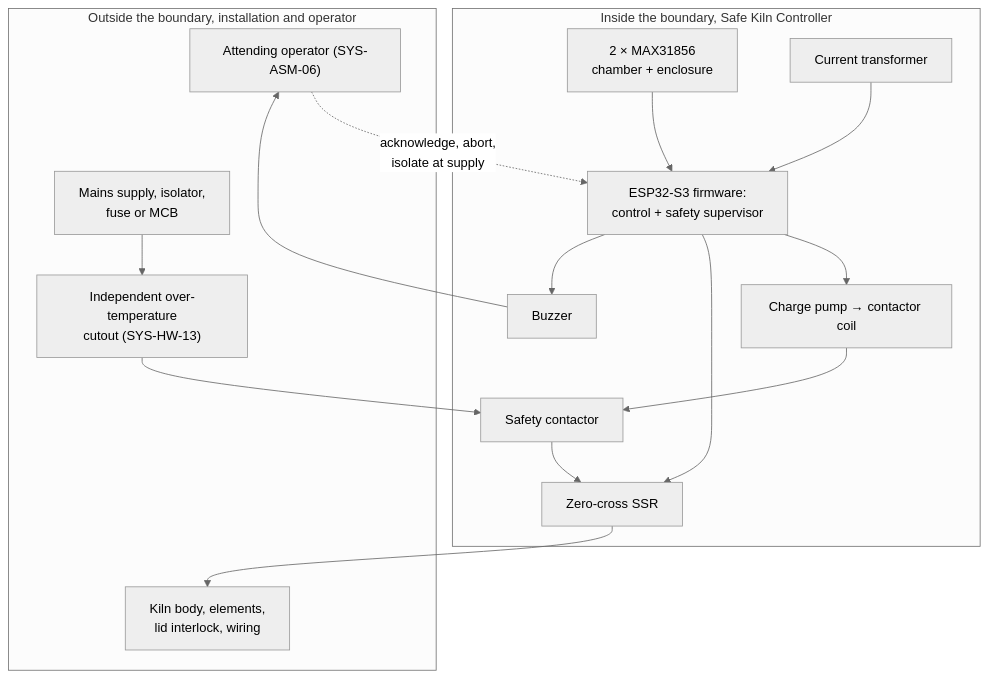
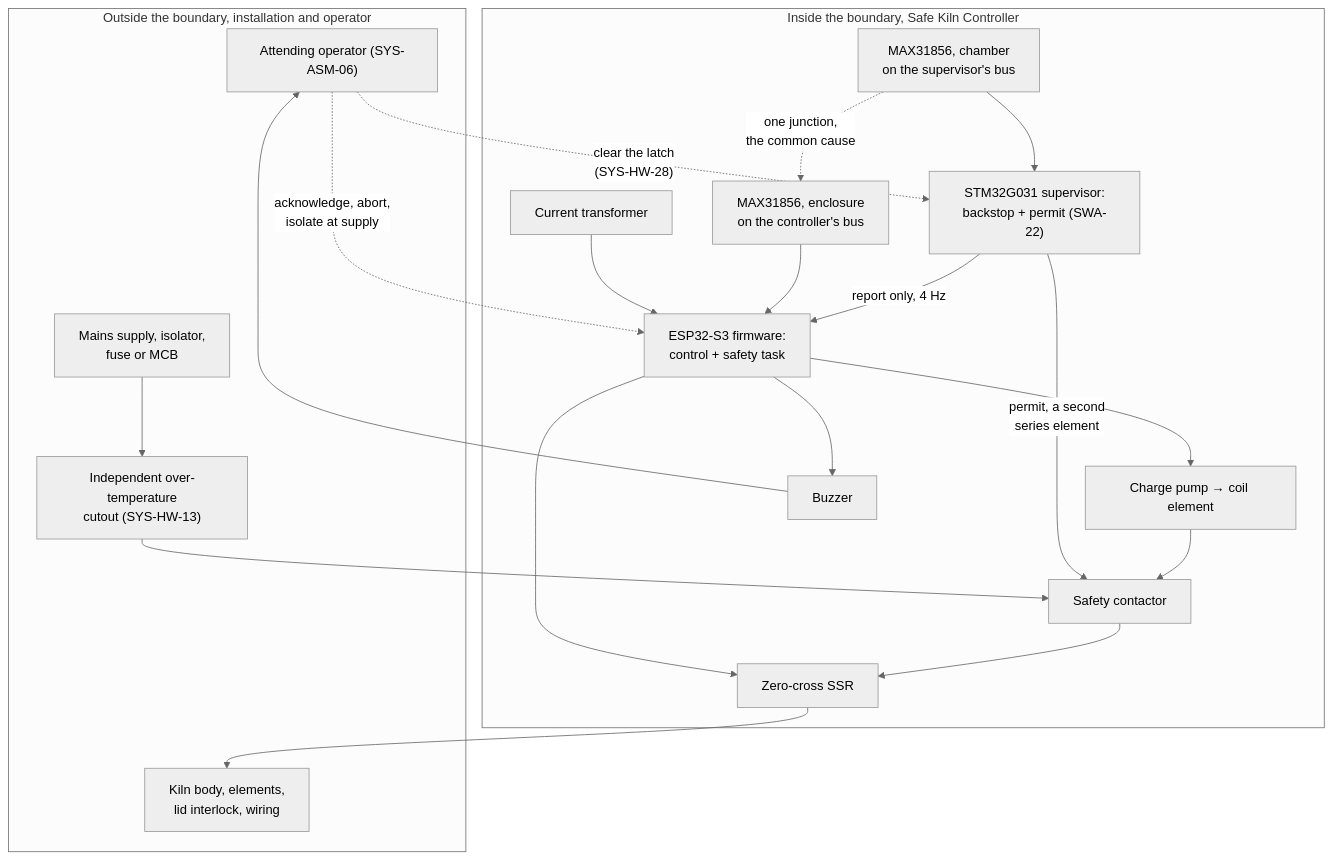
The first of 2 diagrams in docs/safety.md (bitcrushtesting/SafeKilnController), drawn with Mermaid (neutral theme) before and after one commit. The commit also changed other lines of this file and 5 other files, not shown here.

````diff
--- a/docs/safety.md
+++ b/docs/safety.md
@@ -75,25 +75,32 @@
 ```mermaid
 flowchart TB
     subgraph OUT["Outside the boundary, installation and operator"]
         SUP["Mains supply, isolator,<br/>fuse or MCB"]
         CUT["Independent over-temperature<br/>cutout (SYS-HW-13)"]
         OP["Attending operator (SYS-ASM-06)"]
         KILN["Kiln body, elements,<br/>lid interlock, wiring"]
     end
     subgraph IN["Inside the boundary, Safe Kiln Controller"]
-        MCU["ESP32-S3 firmware:<br/>control + safety supervisor"]
-        CP["Charge pump → contactor coil"]
+        MCU["ESP32-S3 firmware:<br/>control + safety task"]
+        SUPV["STM32G031 supervisor:<br/>backstop + permit (SWA-22)"]
+        CP["Charge pump → coil element"]
         CON["Safety contactor"]
         SSR["Zero-cross SSR"]
-        TC["2 × MAX31856<br/>chamber + enclosure"]
+        TCC["MAX31856, chamber<br/>on the supervisor's bus"]
+        TCE["MAX31856, enclosure<br/>on the controller's bus"]
         CT["Current transformer"]
         BUZ["Buzzer"]
     end
     SUP --> CUT --> CON --> SSR --> KILN
     MCU --> CP --> CON
+    SUPV -->|"permit, a second<br/>series element"| CON
     MCU --> SSR
-    TC --> MCU
+    TCC --> SUPV
+    TCC -.->|"one junction,<br/>the common cause"| TCE
+    SUPV -->|"report only, 4 Hz"| MCU
+    TCE --> MCU
     CT --> MCU
     MCU --> BUZ --> OP
     OP -.->|"acknowledge, abort,<br/>isolate at supply"| MCU
+    OP -.->|"clear the latch<br/>(SYS-HW-28)"| SUPV
 ```
````
